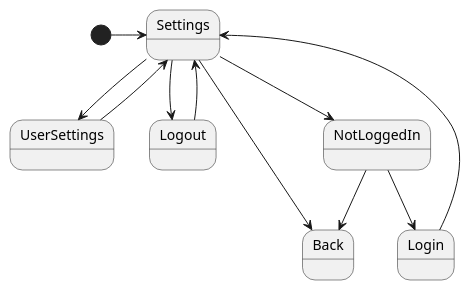
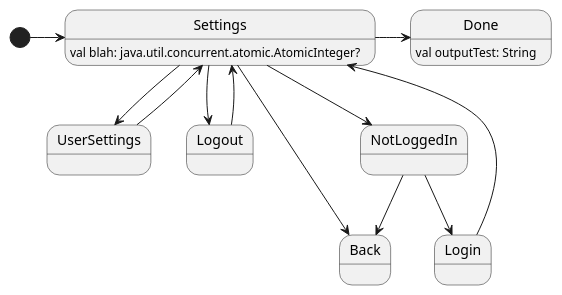
The diagram in src/main/kotlin/me/jameshunt/generate/Settings.puml (huntj88/FlowGenerate), drawn with PlantUML before and after one commit. The commit also changed 6 other files, not shown here.

```diff
--- a/src/main/kotlin/me/jameshunt/generate/Settings.puml
+++ b/src/main/kotlin/me/jameshunt/generate/Settings.puml
@@ -1,19 +1,24 @@
 @startuml
+
+Settings : val blah: java.util.concurrent.atomic.AtomicInteger?
+Done : val outputTest: String
 
 [*] -> Settings
 
 Settings --> UserSettings
 Settings --> Logout
 Settings --> Back
 
 Settings --> NotLoggedIn
 UserSettings --> Settings
 
 Logout --> Settings
 
 NotLoggedIn --> Login
 NotLoggedIn --> Back
 
 Login --> Settings
 
+Settings -> Done
+
 @enduml
```
